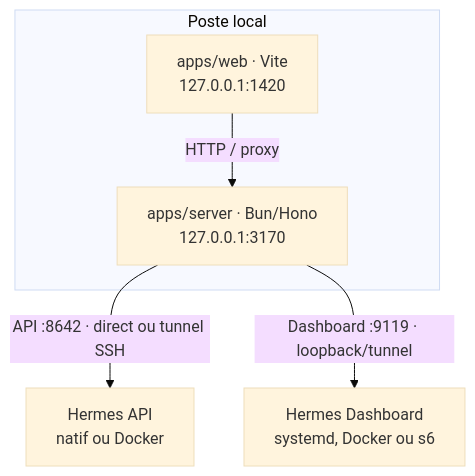
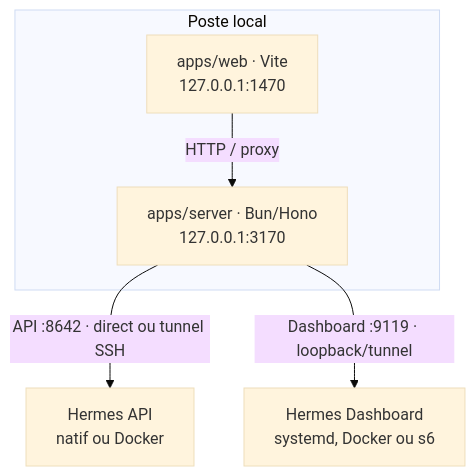
Before and after one commit to dev-toolings/tui-hermes-console: the diagram in tui-v0.1.0/docs/INSTALLATION-UTILISATION.md, drawn with Mermaid (base theme). The commit also changed other lines of this file and 12 other files, not shown here.

First line of the commit message:
chore(dev): move the Vite dev server to :1470 behind CONSOLE_WEB_PORT

````diff
--- a/tui-v0.1.0/docs/INSTALLATION-UTILISATION.md
+++ b/tui-v0.1.0/docs/INSTALLATION-UTILISATION.md
@@ -15,11 +15,11 @@
 ```mermaid
 flowchart TD
     subgraph local["Poste local"]
-        web["apps/web · Vite<br/>127.0.0.1:1420"]
+        web["apps/web · Vite<br/>127.0.0.1:1470"]
         server["apps/server · Bun/Hono<br/>127.0.0.1:3170"]
         web -->|"HTTP / proxy"| server
     end
 
     server -->|"API :8642 · direct ou tunnel SSH"| hermes["Hermes API<br/>natif ou Docker"]
     server -->|"Dashboard :9119 · loopback/tunnel"| dashboard["Hermes Dashboard<br/>systemd, Docker ou s6"]
 ```
````
